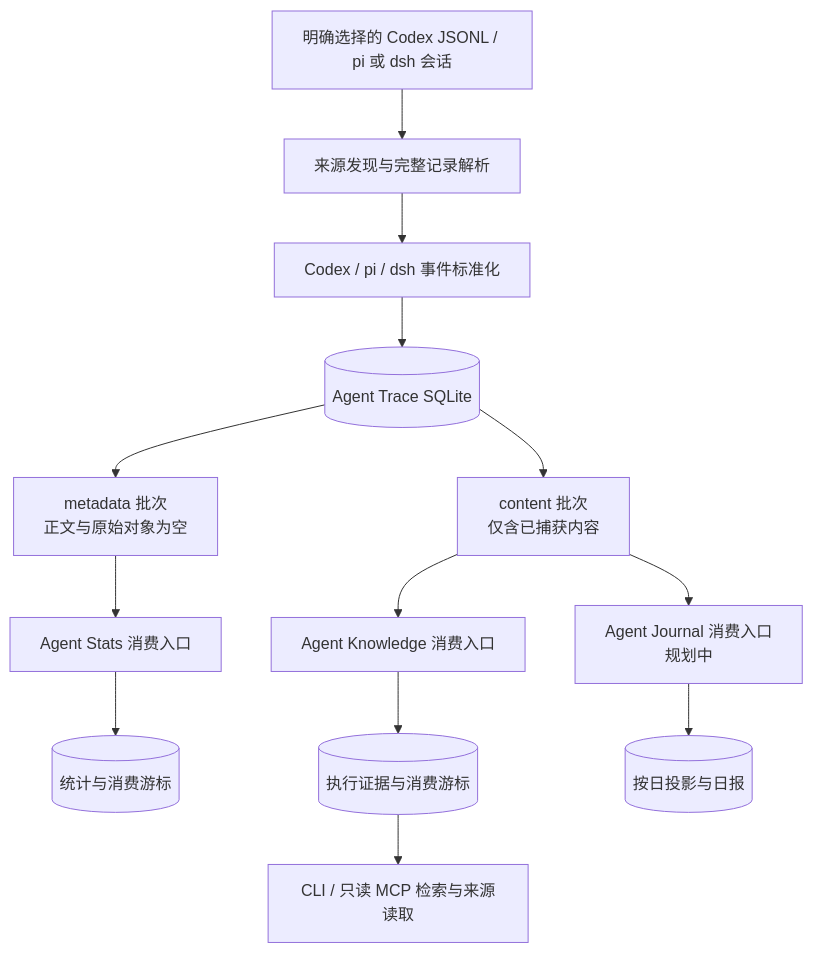
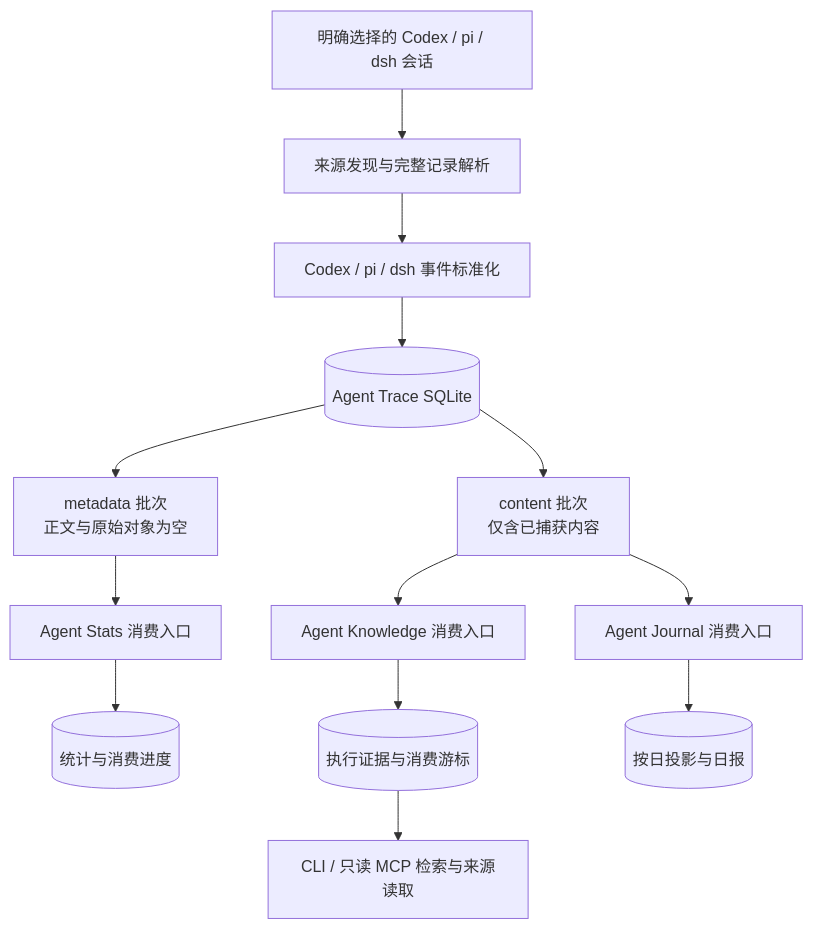
Before and after one commit to dixiaoshai/agent-observatory: the first of 5 diagrams in packages/agent-trace/docs/architecture.md, drawn with Mermaid. The commit also changed other lines of this file and 55 other files, not shown here.

First line of the commit message:
docs: reorganize documentation around current architecture

````diff
--- a/packages/agent-trace/docs/architecture.md
+++ b/packages/agent-trace/docs/architecture.md
@@ -11,15 +9,15 @@
 ```mermaid
 flowchart TD
-    C[明确选择的 Codex JSONL / pi 或 dsh 会话] --> D[来源发现与完整记录解析]
+    C[明确选择的 Codex / pi / dsh 会话] --> D[来源发现与完整记录解析]
     D --> N[Codex / pi / dsh 事件标准化]
     N --> S[(Agent Trace SQLite)]
     S --> M[metadata 批次<br/>正文与原始对象为空]
     S --> B[content 批次<br/>仅含已捕获内容]
     M --> A[Agent Stats 消费入口]
-    A --> AS[(统计与消费游标)]
+    A --> AS[(统计与消费进度)]
     B --> K[Agent Knowledge 消费入口]
     K --> KS[(执行证据与消费游标)]
     KS --> Q[CLI / 只读 MCP 检索与来源读取]
-    B --> J[Agent Journal 消费入口<br/>规划中]
+    B --> J[Agent Journal 消费入口]
     J --> JD[(按日投影与日报)]
 ```
````
